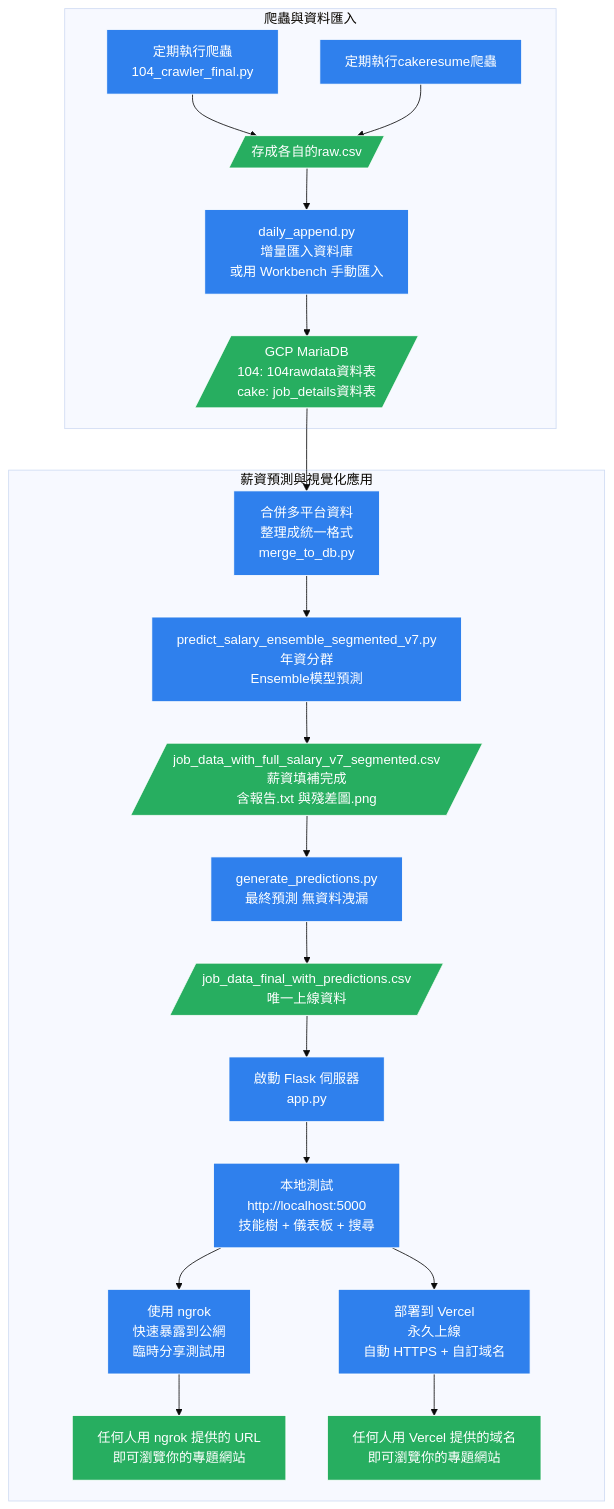
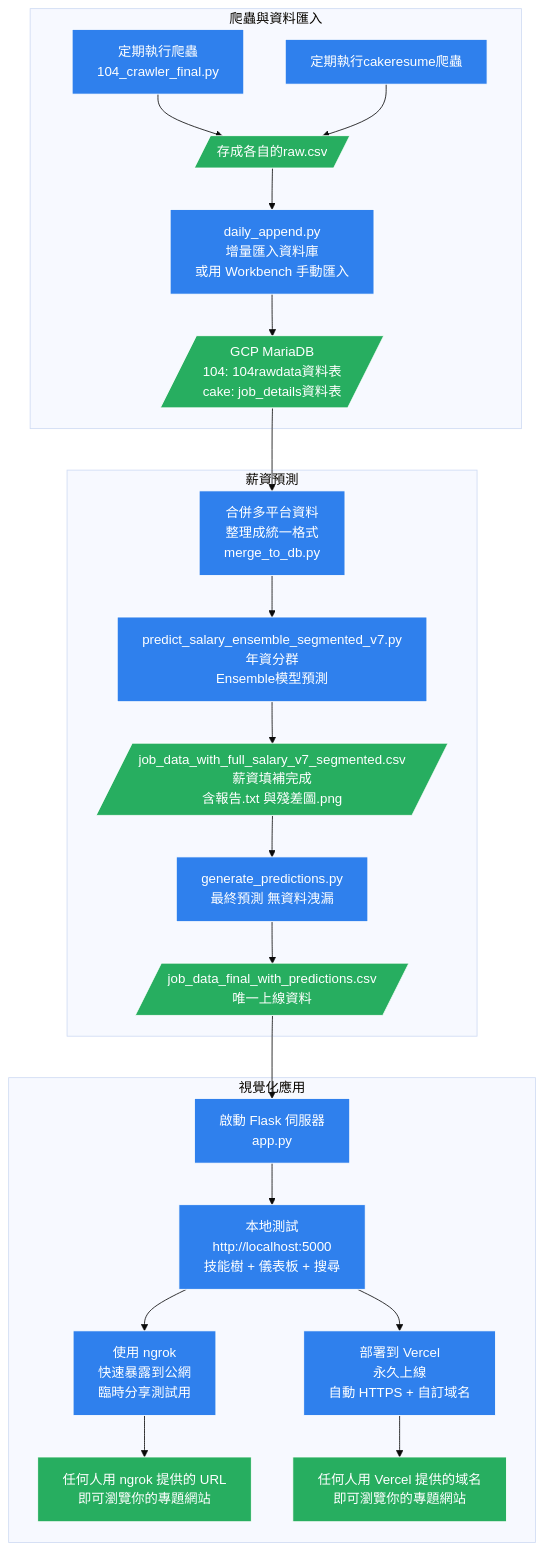
One commit to DataSideProject/WLS changed the diagram in 104_jobdata_crawler_final/README.md. Above: the diagram before and after it, drawn with Mermaid (base theme).

````diff
--- a/104_jobdata_crawler_final/README.md
+++ b/104_jobdata_crawler_final/README.md
@@ -18,32 +18,35 @@
 ```mermaid
 flowchart TD
     subgraph 爬蟲與資料匯入
         A[定期執行爬蟲<br>104_crawler_final.py]
         AA[定期執行cakeresume爬蟲<br>]
         A --> B[/存成各自的raw.csv<br>/]
         AA --> B
         B --> C[daily_append.py<br>增量匯入資料庫<br>或用 Workbench 手動匯入]
         C --> D[/GCP MariaDB<br>104: 104rawdata資料表<br>cake: job_details資料表/]
     end
 
-    subgraph 薪資預測與視覺化應用
+    subgraph 薪資預測
         AB[合併多平台資料<br>整理成統一格式<br>merge_to_db.py]
         D --> AB
         AB --> E[predict_salary_ensemble_segmented_v7.py<br>年資分群<br>Ensemble模型預測]
         E --> F[/job_data_with_full_salary_v7_segmented.csv<br>薪資填補完成<br>含報告.txt 與殘差圖.png/]
         F --> G[generate_predictions.py<br>最終預測 無資料洩漏]
         G --> H[/job_data_final_with_predictions.csv<br>唯一上線資料/]
+    end
+
+    subgraph 視覺化應用
         H --> I[啟動 Flask 伺服器<br>app.py]
         I --> J[本地測試<br>http://localhost:5000<br>技能樹 + 儀表板 + 搜尋]
         J --> K1[使用 ngrok<br>快速暴露到公網<br>臨時分享測試用]
         J --> K2[部署到 Vercel<br>永久上線<br>自動 HTTPS + 自訂域名]
         K1 --> L[任何人用 ngrok 提供的 URL<br>即可瀏覽你的專題網站]
         K2 --> M[任何人用 Vercel 提供的域名<br>即可瀏覽你的專題網站]
     end
 
     classDef process fill:#2F80ED,stroke:#fff,color:#fff
     classDef file fill:#27AE60,stroke:#fff,color:#fff
 
     class A,AA,AB,C,E,G,I,J,K1,K2 process
     class B,D,F,H,L,M file
 ```
````
